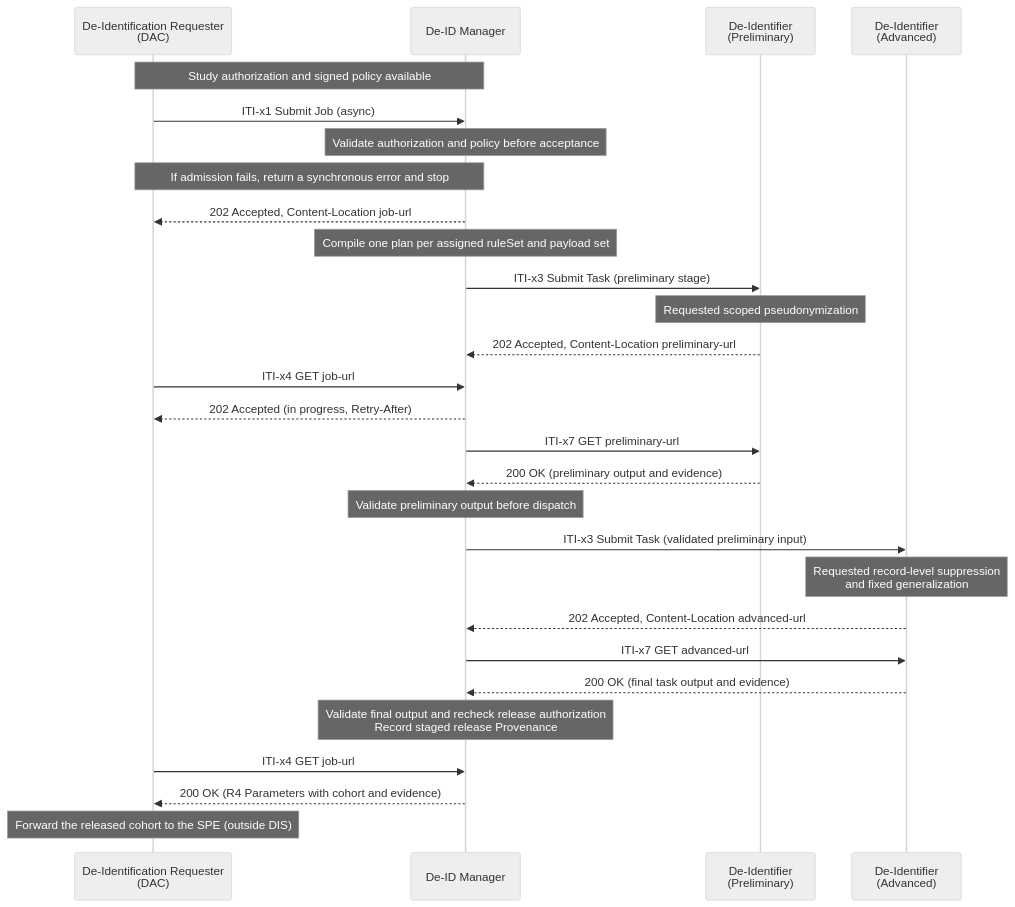
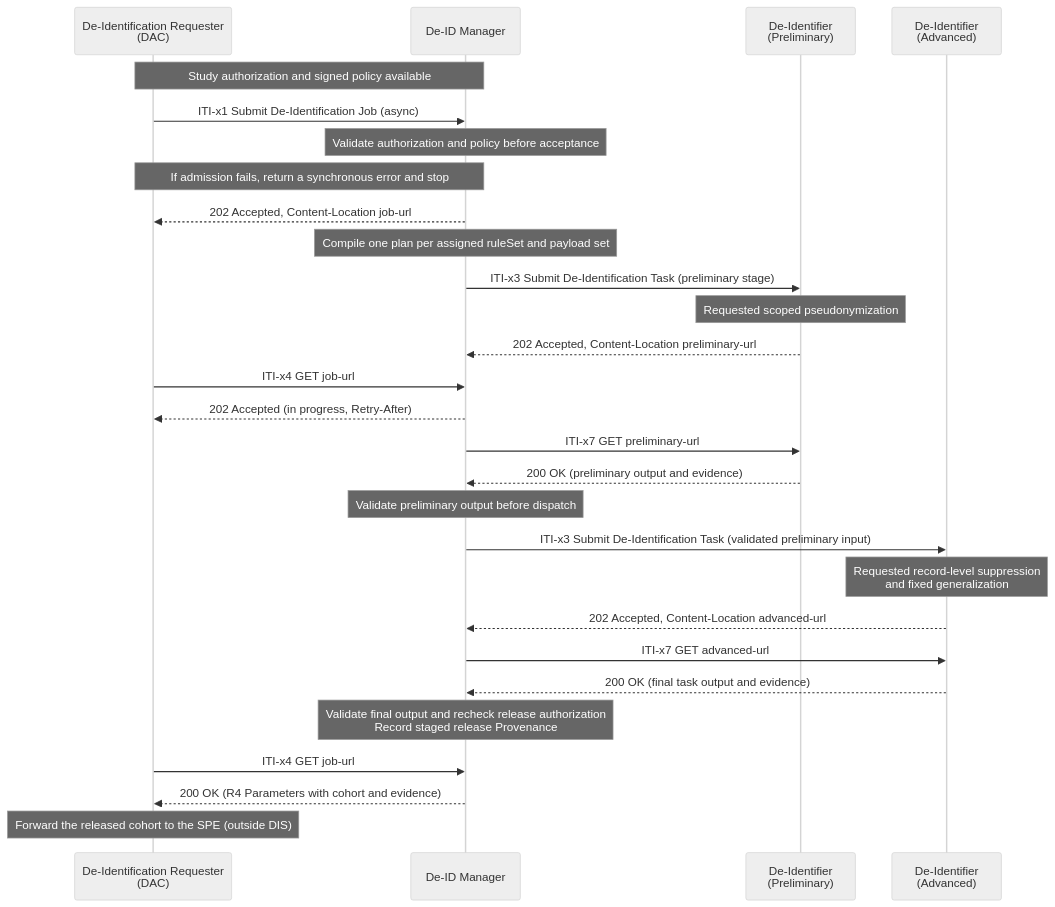
One commit to IHE/ITI.DIS changed the diagram in input/images-source/dis-uc1-cross-border-study.mmd. Above: the diagram before and after it, drawn with Mermaid (neutral theme). The commit also changed 24 other files, not shown here.

Commit message:
Align DIS job and task artifacts with the formal names

```diff
--- a/input/images-source/dis-uc1-cross-border-study.mmd
+++ b/input/images-source/dis-uc1-cross-border-study.mmd
@@ -1,33 +1,33 @@
 sequenceDiagram
     participant DAC as De-Identification Requester<br/>(DAC)
     participant MGR as De-ID Manager
     participant DI_P as De-Identifier<br/>(Preliminary)
     participant DI_A as De-Identifier<br/>(Advanced)
 
     Note over DAC,MGR: Study authorization and signed policy available
-    DAC->>MGR: ITI-x1 Submit Job (async)
+    DAC->>MGR: ITI-x1 Submit De-Identification Job (async)
     Note over MGR: Validate authorization and policy before acceptance
     Note over DAC,MGR: If admission fails, return a synchronous error and stop
     MGR-->>DAC: 202 Accepted, Content-Location job-url
 
     Note over MGR: Compile one plan per assigned ruleSet and payload set
-    MGR->>DI_P: ITI-x3 Submit Task (preliminary stage)
+    MGR->>DI_P: ITI-x3 Submit De-Identification Task (preliminary stage)
     Note over DI_P: Requested scoped pseudonymization
     DI_P-->>MGR: 202 Accepted, Content-Location preliminary-url
 
     DAC->>MGR: ITI-x4 GET job-url
     MGR-->>DAC: 202 Accepted (in progress, Retry-After)
 
     MGR->>DI_P: ITI-x7 GET preliminary-url
     DI_P-->>MGR: 200 OK (preliminary output and evidence)
     Note over MGR: Validate preliminary output before dispatch
-    MGR->>DI_A: ITI-x3 Submit Task (validated preliminary input)
+    MGR->>DI_A: ITI-x3 Submit De-Identification Task (validated preliminary input)
     Note over DI_A: Requested record-level suppression<br/>and fixed generalization
     DI_A-->>MGR: 202 Accepted, Content-Location advanced-url
 
     MGR->>DI_A: ITI-x7 GET advanced-url
     DI_A-->>MGR: 200 OK (final task output and evidence)
     Note over MGR: Validate final output and recheck release authorization<br/>Record staged release Provenance
     DAC->>MGR: ITI-x4 GET job-url
     MGR-->>DAC: 200 OK (R4 Parameters with cohort and evidence)
     Note over DAC: Forward the released cohort to the SPE (outside DIS)
```
